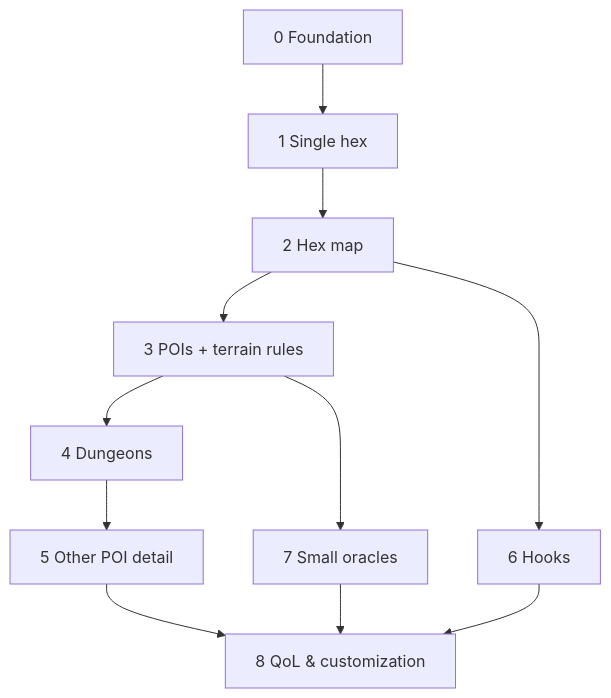
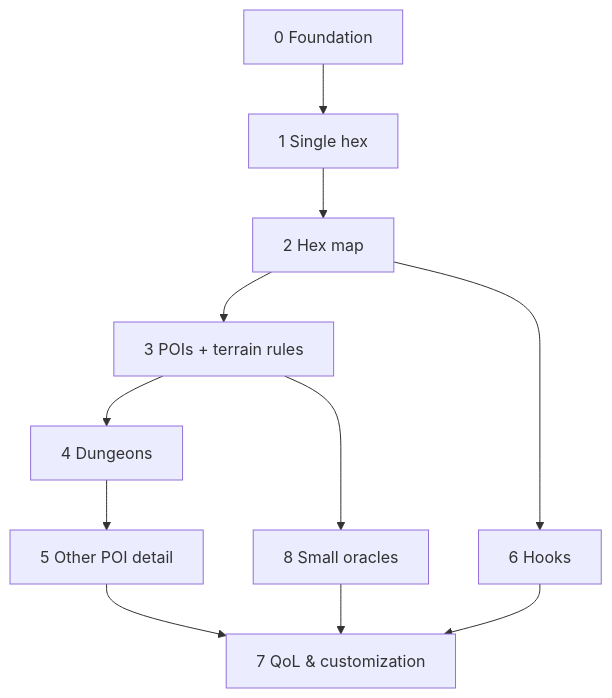
Before and after one commit to jon-peel/solopg: the diagram in PLAN.md, drawn with Mermaid. The commit also changed other lines of this file and 12 other files, not shown here.

````diff
--- a/PLAN.md
+++ b/PLAN.md
@@ -125,10 +124,10 @@
 ```mermaid
 graph TD
     P0[0 Foundation] --> P1[1 Single hex] --> P2[2 Hex map] --> P3[3 POIs + terrain rules]
     P3 --> P4[4 Dungeons] --> P5[5 Other POI detail]
     P2 --> P6[6 Hooks]
-    P3 --> P7[7 Small oracles]
-    P5 --> P8[8 QoL & customization]
-    P6 --> P8
-    P7 --> P8
+    P3 --> P8[8 Small oracles]
+    P5 --> P7[7 QoL & customization]
+    P6 --> P7
+    P8 --> P7
 ```
````
